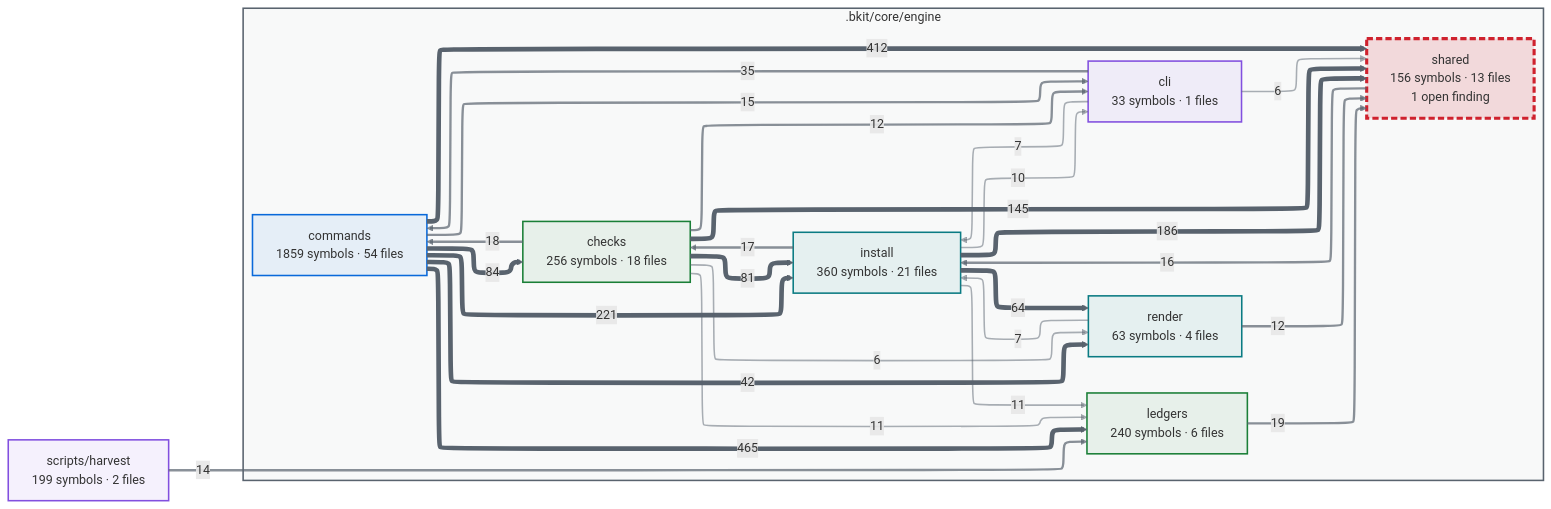
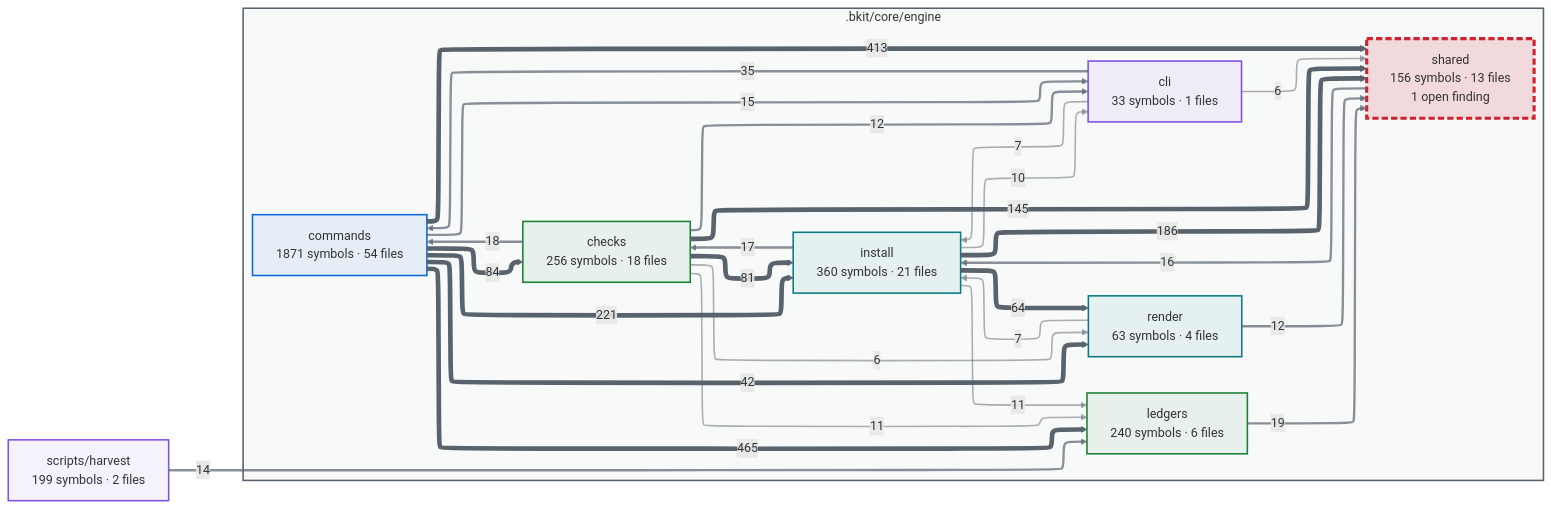
Before and after one commit to cbartens/bkit: the first of 2 diagrams in docs/capabilities.md, drawn with Mermaid. The commit also changed other lines of this file and 162 other files, not shown here.

````diff
--- a/docs/capabilities.md
+++ b/docs/capabilities.md
@@ -154,80 +154,80 @@
 ```mermaid
 ---
 config:
   layout: elk
   themeCSS: "marker { overflow: visible; } marker path { transform: scale(1.8); transform-origin: 5px 5px; }"
   flowchart:
     useMaxWidth: false
 ---
 flowchart LR
   %% Generated by bkit-graphify-rollup.py — do not edit
   subgraph gn_bkit_core_engine[".bkit/core/engine"]
     n_bkit_core_engine_checks["checks<br/>256 symbols · 18 files"]
     n_bkit_core_engine_cli["cli<br/>33 symbols · 1 files"]
-    n_bkit_core_engine_commands["commands<br/>1859 symbols · 54 files"]
+    n_bkit_core_engine_commands["commands<br/>1871 symbols · 54 files"]
     n_bkit_core_engine_install["install<br/>360 symbols · 21 files"]
     n_bkit_core_engine_ledgers["ledgers<br/>240 symbols · 6 files"]
     n_bkit_core_engine_render["render<br/>63 symbols · 4 files"]
     n_bkit_core_engine_shared["shared<br/>156 symbols · 13 files<br/>1 open finding"]
   end
   nscripts_harvest["scripts/harvest<br/>199 symbols · 2 files"]
   n_bkit_core_engine_commands -->|465| n_bkit_core_engine_ledgers
-  n_bkit_core_engine_commands -->|412| n_bkit_core_engine_shared
+  n_bkit_core_engine_commands -->|413| n_bkit_core_engine_shared
   n_bkit_core_engine_commands -->|221| n_bkit_core_engine_install
   n_bkit_core_engine_install -->|186| n_bkit_core_engine_shared
   n_bkit_core_engine_checks -->|145| n_bkit_core_engine_shared
   n_bkit_core_engine_commands -->|84| n_bkit_core_engine_checks
   n_bkit_core_engine_checks -->|81| n_bkit_core_engine_install
   n_bkit_core_engine_install -->|64| n_bkit_core_engine_render
   n_bkit_core_engine_commands -->|42| n_bkit_core_engine_render
   n_bkit_core_engine_cli -->|35| n_bkit_core_engine_commands
   n_bkit_core_engine_ledgers -->|19| n_bkit_core_engine_shared
   n_bkit_core_engine_checks -->|18| n_bkit_core_engine_commands
   n_bkit_core_engine_install -->|17| n_bkit_core_engine_checks
   n_bkit_core_engine_shared -->|16| n_bkit_core_engine_install
   n_bkit_core_engine_commands -->|15| n_bkit_core_engine_cli
   nscripts_harvest -->|14| n_bkit_core_engine_ledgers
   n_bkit_core_engine_checks -->|12| n_bkit_core_engine_cli
   n_bkit_core_engine_render -->|12| n_bkit_core_engine_shared
   n_bkit_core_engine_checks -->|11| n_bkit_core_engine_ledgers
   n_bkit_core_engine_install -->|11| n_bkit_core_engine_ledgers
   n_bkit_core_engine_install -->|10| n_bkit_core_engine_cli
   n_bkit_core_engine_cli -->|7| n_bkit_core_engine_install
   n_bkit_core_engine_render -->|7| n_bkit_core_engine_install
   n_bkit_core_engine_checks -->|6| n_bkit_core_engine_render
   n_bkit_core_engine_cli -->|6| n_bkit_core_engine_shared
   style gn_bkit_core_engine fill:#59636e0a,stroke:#59636e,stroke-width:2px
   style n_bkit_core_engine_checks stroke:#1a7f37,stroke-width:2px,fill:#1a7f3714
   style n_bkit_core_engine_cli stroke:#8250df,stroke-width:2px,fill:#8250df14
   style n_bkit_core_engine_commands stroke:#0969da,stroke-width:2px,fill:#0969da14
   style n_bkit_core_engine_install stroke:#0a7b83,stroke-width:2px,fill:#0a7b8314
   style n_bkit_core_engine_ledgers stroke:#1a7f37,stroke-width:2px,fill:#1a7f3714
   style n_bkit_core_engine_render stroke:#0a7b83,stroke-width:2px,fill:#0a7b8314
   style n_bkit_core_engine_shared stroke:#cf222e,stroke-width:4px,stroke-dasharray:8 4,fill:#cf222e26
   style nscripts_harvest stroke:#8250df,stroke-width:2px,fill:#8250df14
   linkStyle 0 stroke:#59636e,stroke-width:6px
   linkStyle 1 stroke:#59636e,stroke-width:6px
   linkStyle 2 stroke:#59636e,stroke-width:6px
   linkStyle 3 stroke:#59636e,stroke-width:6px
   linkStyle 4 stroke:#59636e,stroke-width:6px
   linkStyle 5 stroke:#59636e,stroke-width:6px
   linkStyle 6 stroke:#59636e,stroke-width:6px
   linkStyle 7 stroke:#59636e,stroke-width:6px
   linkStyle 8 stroke:#59636e,stroke-width:6px
   linkStyle 9 stroke:#59636eb3,stroke-width:3px
   linkStyle 10 stroke:#59636eb3,stroke-width:3px
   linkStyle 11 stroke:#59636eb3,stroke-width:3px
   linkStyle 12 stroke:#59636eb3,stroke-width:3px
   linkStyle 13 stroke:#59636eb3,stroke-width:3px
   linkStyle 14 stroke:#59636eb3,stroke-width:3px
   linkStyle 15 stroke:#59636eb3,stroke-width:3px
   linkStyle 16 stroke:#59636eb3,stroke-width:3px
   linkStyle 17 stroke:#59636eb3,stroke-width:3px
   linkStyle 18 stroke:#59636e80,stroke-width:2px
   linkStyle 19 stroke:#59636e80,stroke-width:2px
   linkStyle 20 stroke:#59636e80,stroke-width:2px
   linkStyle 21 stroke:#59636e80,stroke-width:2px
   linkStyle 22 stroke:#59636e80,stroke-width:2px
   linkStyle 23 stroke:#59636e80,stroke-width:2px
   linkStyle 24 stroke:#59636e80,stroke-width:2px
 ```
````
